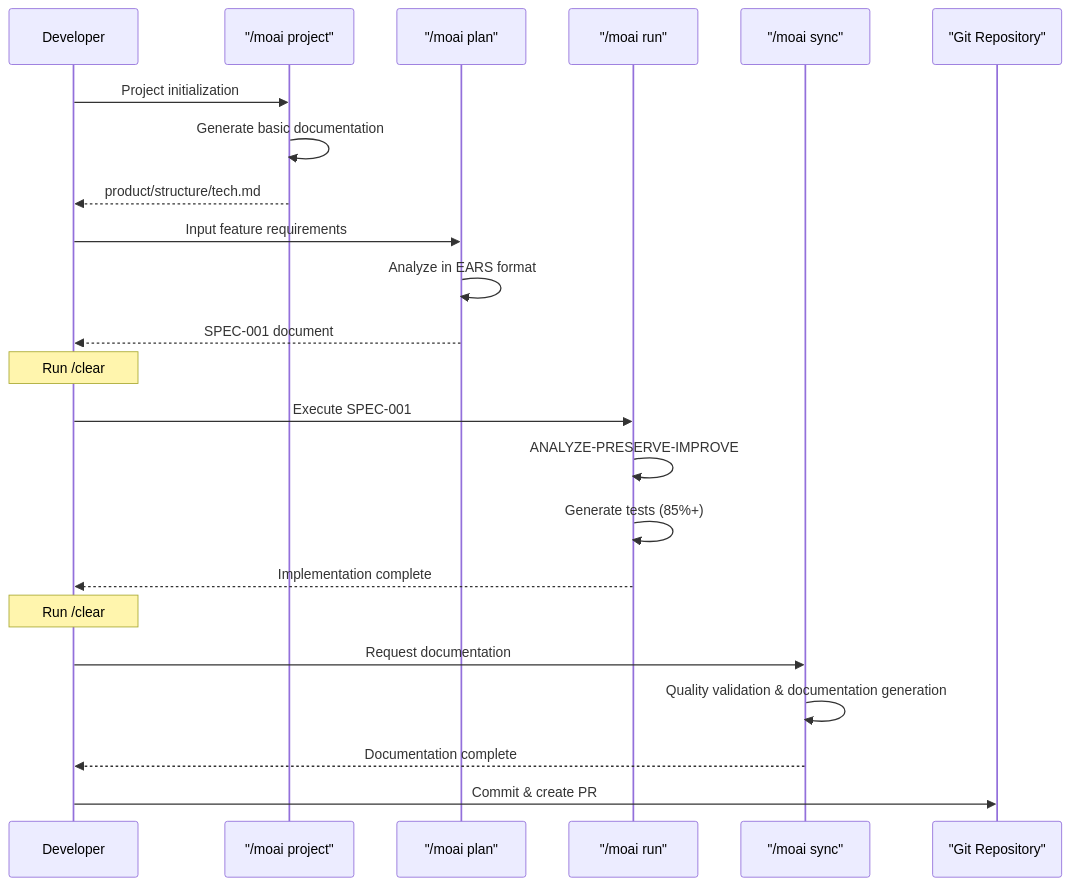
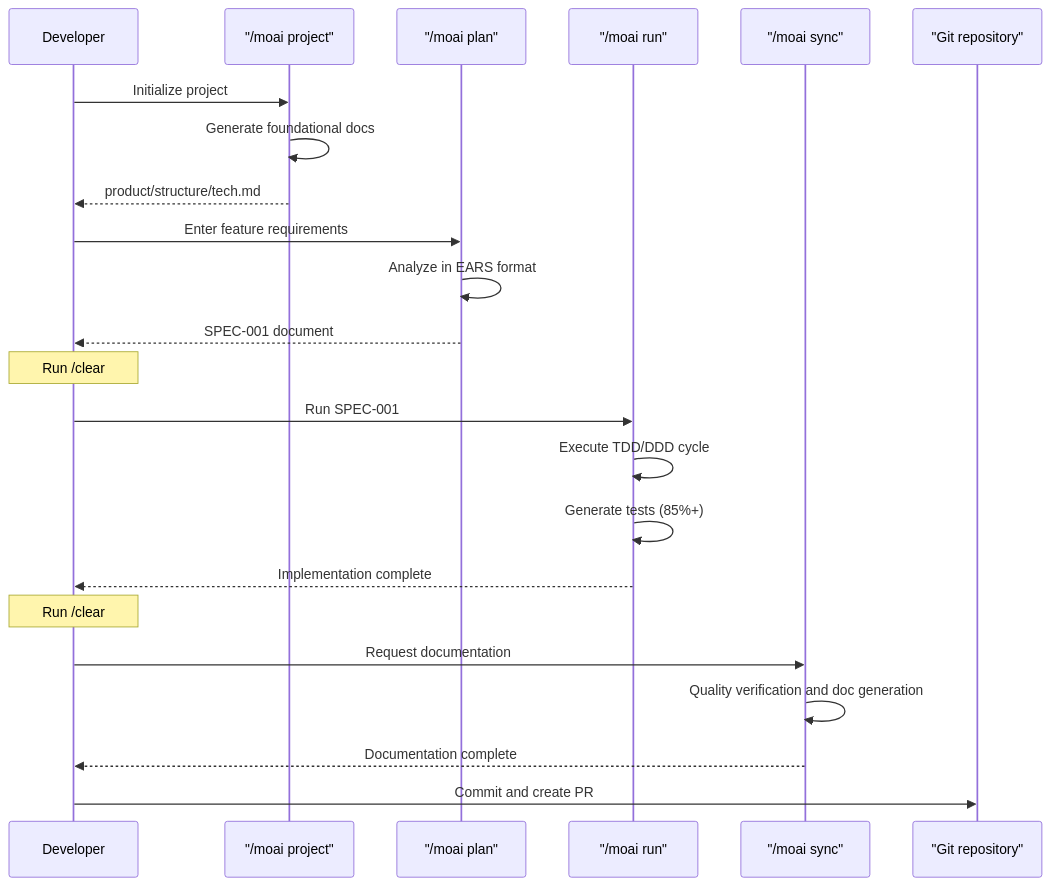
One commit to modu-ai/moai-adk changed the seventh of 9 diagrams in docs-site/content/en/getting-started/quickstart.md. Above: the diagram before and after it, drawn with Mermaid. The commit also changed other lines of this file and 395 other files, not shown here.

````diff
--- a/docs-site/content/en/getting-started/quickstart.md
+++ b/docs-site/content/en/getting-started/quickstart.md
@@ -247,32 +249,32 @@
 ```mermaid
 sequenceDiagram
     participant Dev as Developer
     participant Project as "/moai project"
     participant Plan as "/moai plan"
     participant Run as "/moai run"
     participant Sync as "/moai sync"
-    participant Git as "Git Repository"
+    participant Git as "Git repository"
 
-    Dev->>Project: Project initialization
-    Project->>Project: Generate basic documentation
+    Dev->>Project: Initialize project
+    Project->>Project: Generate foundational docs
     Project-->>Dev: product/structure/tech.md
 
-    Dev->>Plan: Input feature requirements
+    Dev->>Plan: Enter feature requirements
     Plan->>Plan: Analyze in EARS format
     Plan-->>Dev: SPEC-001 document
 
     Note over Dev: Run /clear
 
-    Dev->>Run: Execute SPEC-001
-    Run->>Run: ANALYZE-PRESERVE-IMPROVE
+    Dev->>Run: Run SPEC-001
+    Run->>Run: Execute TDD/DDD cycle
     Run->>Run: Generate tests (85%+)
     Run-->>Dev: Implementation complete
 
     Note over Dev: Run /clear
 
     Dev->>Sync: Request documentation
-    Sync->>Sync: Quality validation & documentation generation
+    Sync->>Sync: Quality verification and doc generation
     Sync-->>Dev: Documentation complete
 
-    Dev->>Git: Commit & create PR
+    Dev->>Git: Commit and create PR
 ```
````
